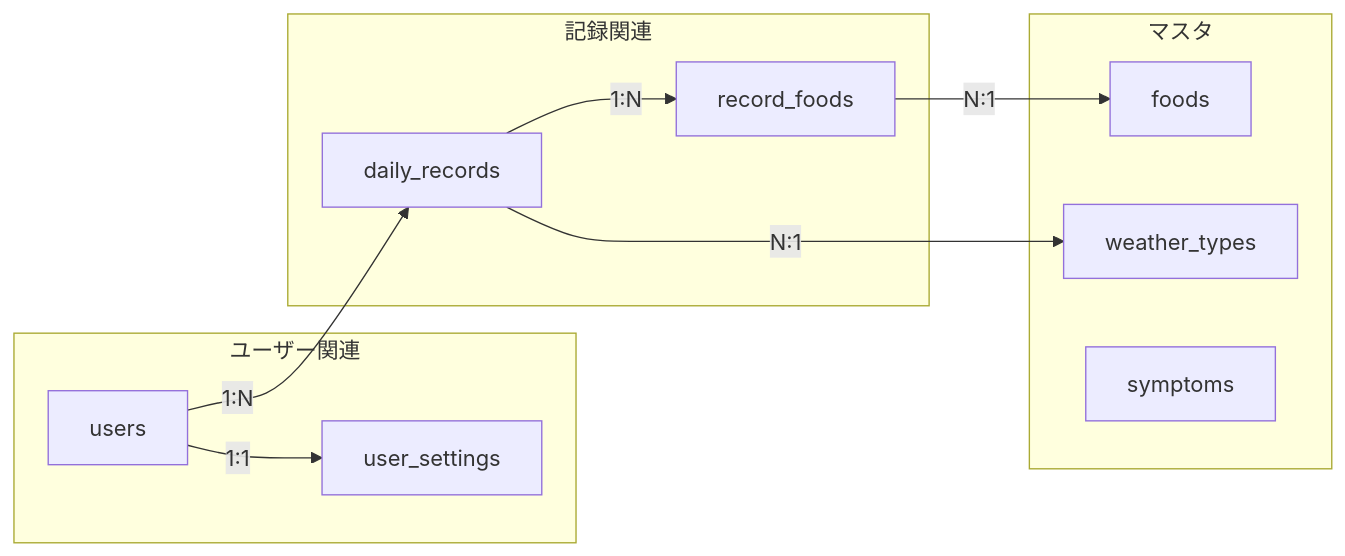
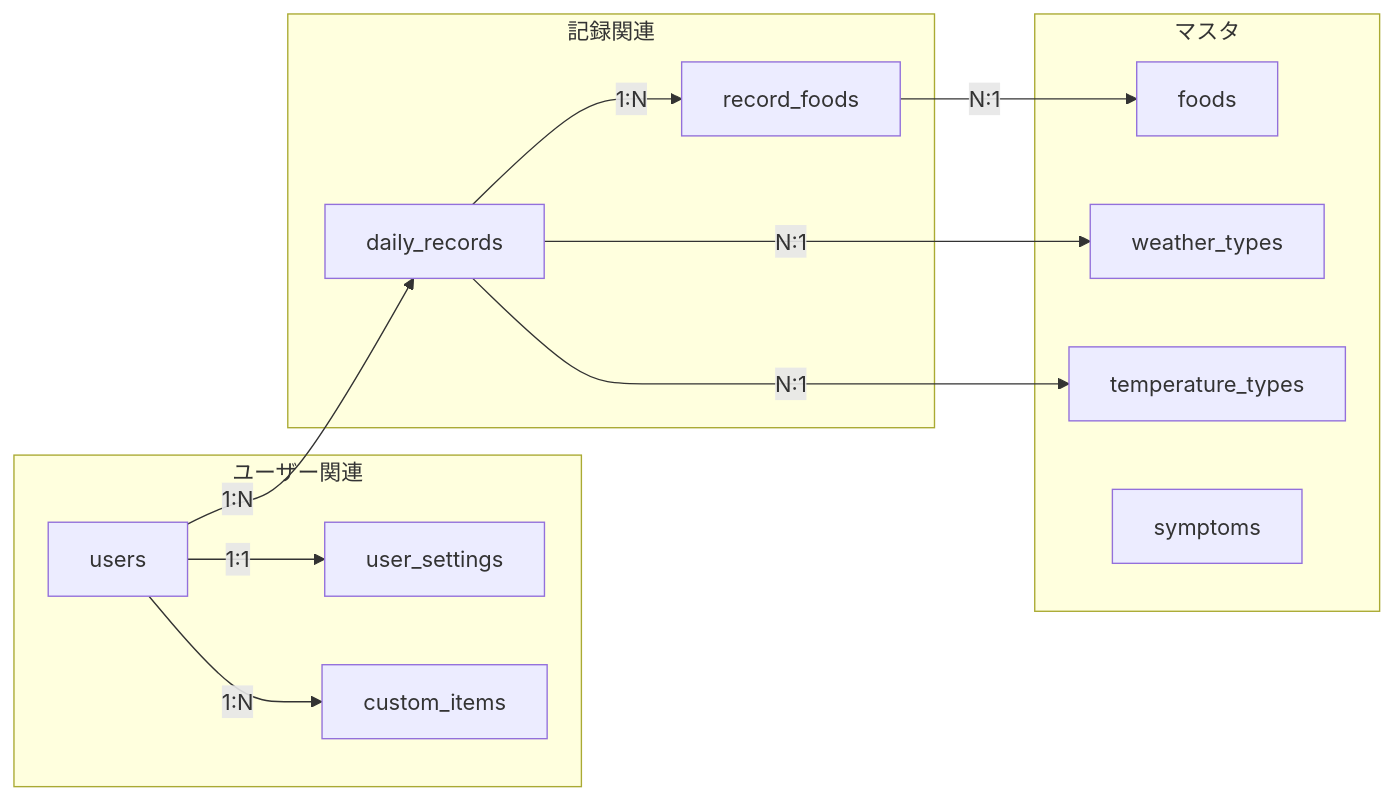
The second of 2 diagrams in document/database/er.md (Syota622/TriggerSearch), drawn with Mermaid before and after one commit. The commit also changed other lines of this file and 3 other files, not shown here.

````diff
--- a/document/database/er.md
+++ b/document/database/er.md
@@ -71,24 +93,28 @@
 ```mermaid
 flowchart LR
     subgraph ユーザー関連
         A[users]
         B[user_settings]
+        C[custom_items]
     end
     
     subgraph 記録関連
-        C[daily_records]
-        D[record_foods]
+        D[daily_records]
+        E[record_foods]
     end
     
     subgraph マスタ
-        E[foods]
-        F[weather_types]
-        G[symptoms]
+        F[foods]
+        G[weather_types]
+        H[temperature_types]
+        I[symptoms]
     end
     
     A -->|1:1| B
     A -->|1:N| C
-    C -->|1:N| D
-    D -->|N:1| E
-    C -->|N:1| F
+    A -->|1:N| D
+    D -->|1:N| E
+    E -->|N:1| F
+    D -->|N:1| G
+    D -->|N:1| H
 ```
````
